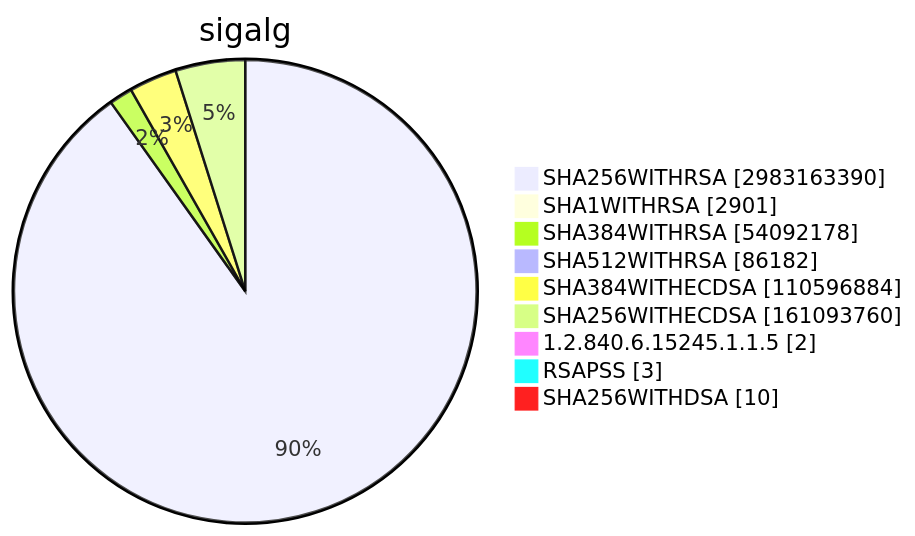
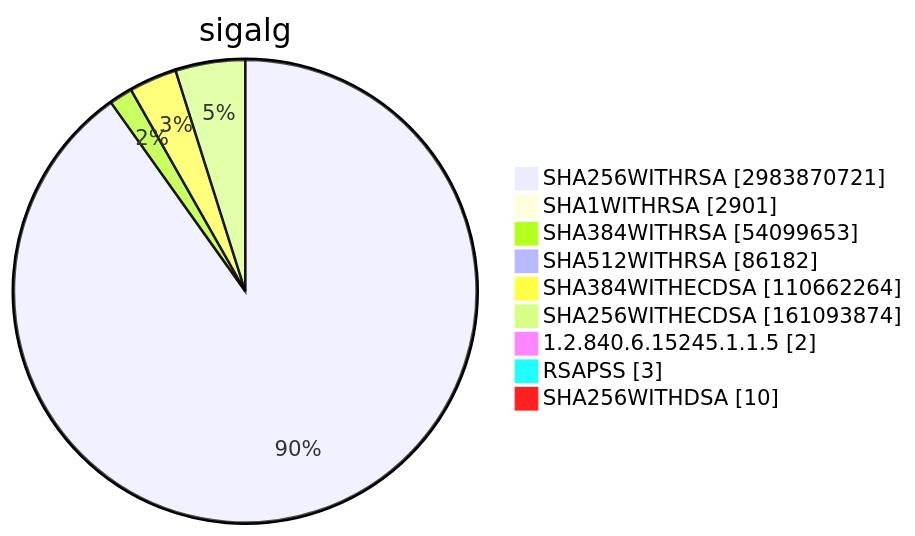
Diagram 15 of 15 in TOTAL/README.md (christiankrug/ctmonitor_visualization), drawn with Mermaid before and after one commit. The commit also changed other lines of this file, not shown here.

````diff
--- a/TOTAL/README.md
+++ b/TOTAL/README.md
@@ -6208,13 +6208,13 @@
 ```mermaid
 pie showData
 title sigalg
-"SHA256WITHRSA" :2983163390
+"SHA256WITHRSA" :2983870721
 "SHA1WITHRSA" :2901
-"SHA384WITHRSA" :54092178
+"SHA384WITHRSA" :54099653
 "SHA512WITHRSA" :86182
-"SHA384WITHECDSA" :110596884
-"SHA256WITHECDSA" :161093760
+"SHA384WITHECDSA" :110662264
+"SHA256WITHECDSA" :161093874
 "1.2.840.6.15245.1.1.5" :2
 "RSAPSS" :3
 "SHA256WITHDSA" :10
 ```
````
